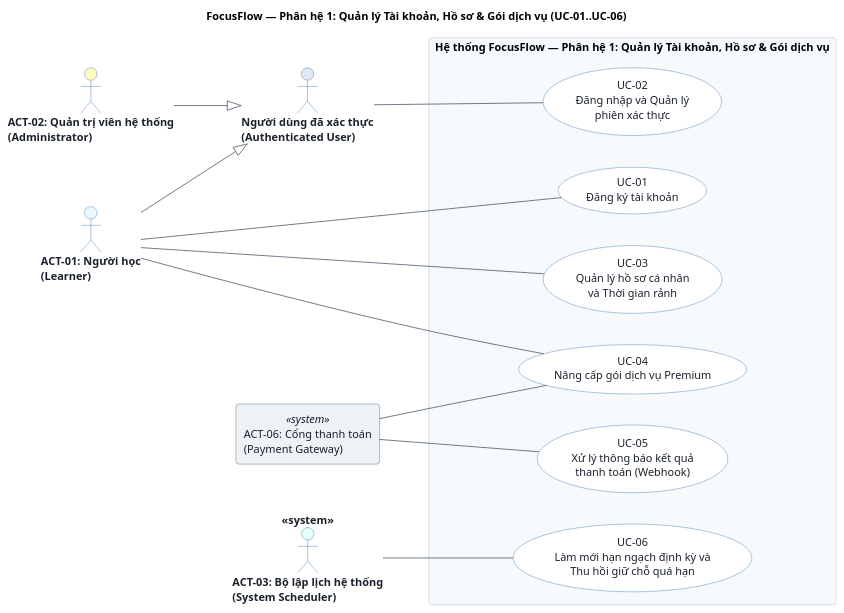
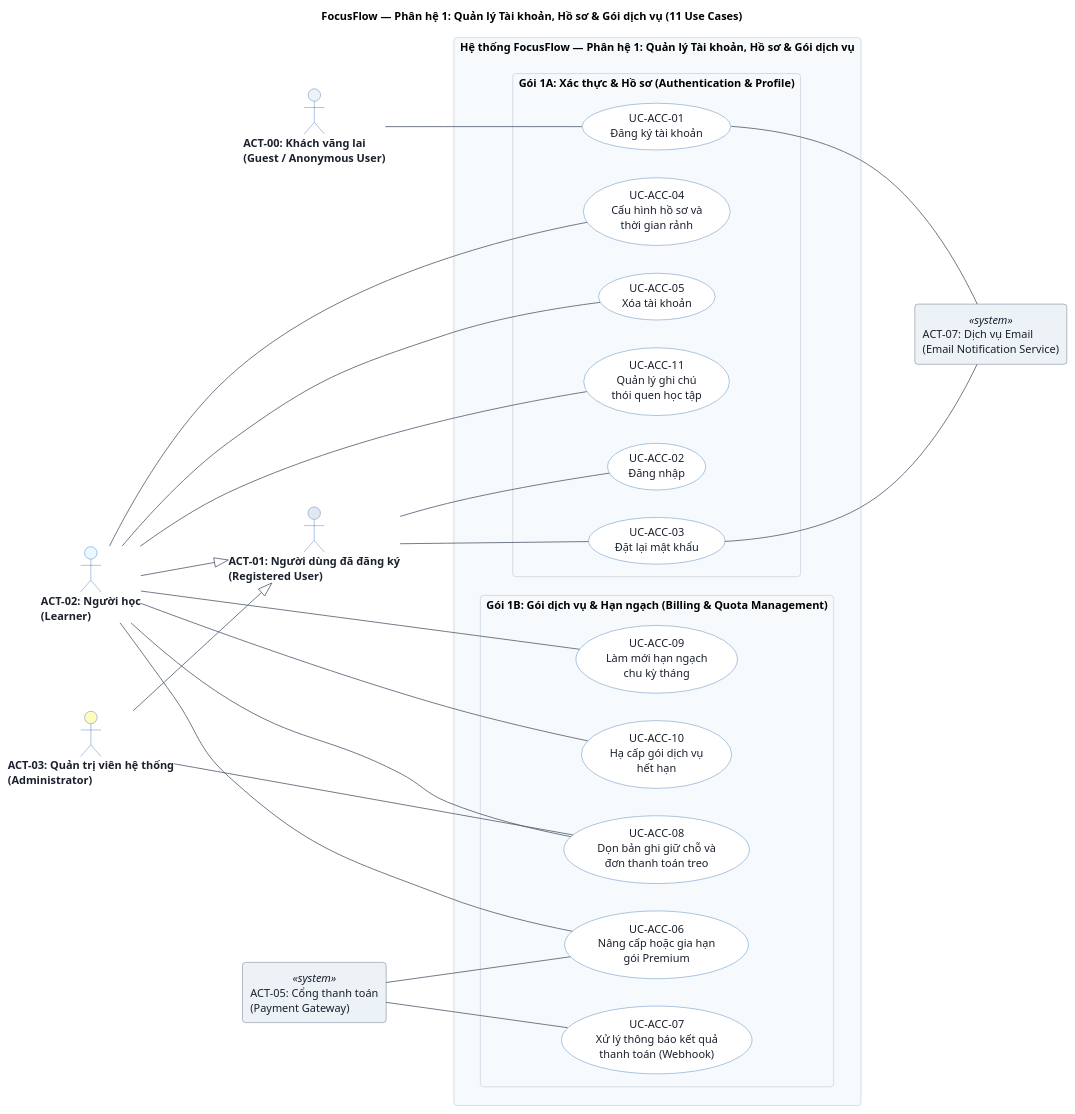
Before and after one commit to Coffat/FocusFlow: the diagram in docs/uml/use-cases/uc-mod-01-account-profile-billing.puml, drawn with PlantUML. The commit also changed 26 other files, not shown here.

Commit message:
docs(uml): update use case specifications, modular diagrams, and PlantUML models

```diff
--- a/docs/uml/use-cases/uc-mod-01-account-profile-billing.puml
+++ b/docs/uml/use-cases/uc-mod-01-account-profile-billing.puml
@@ -1,73 +1,112 @@
 @startuml uc-mod-01-account-profile-billing
-title FocusFlow — Phân hệ 1: Quản lý Tài khoản, Hồ sơ & Gói dịch vụ (UC-01..UC-06)
+' ========================================================
+' Chuẩn hóa 8 Tác nhân (ACT-00..ACT-07): 4 Human/Role Actors + 4 External System Actors
+' Tuân thủ nghiêm ngặt OMG UML 2.5.1 Clause 18: Các thành phần nội bộ (Taskiq, Redis, DB,
+' AI Harness) và bộ định thời nội bộ (internal clock triggers) nằm bên trong Ranh giới Hệ thống.
+' ========================================================
+title FocusFlow — Phân hệ 1: Quản lý Tài khoản, Hồ sơ & Gói dịch vụ (11 Use Cases)
 
 left to right direction
 skinparam packageStyle rectangle
 skinparam roundcorner 8
 skinparam monochrome false
 skinparam shadowing false
 skinparam defaultFontName "Helvetica", "Arial", sans-serif
-skinparam nodesep 40
-skinparam ranksep 75
+skinparam nodesep 35
+skinparam ranksep 70
 
 skinparam actor {
     BackgroundColor #EBF8FF
     BorderColor #2B6CB0
     FontColor #1A202C
     FontStyle bold
 }
 
 skinparam usecase {
     BackgroundColor #FFFFFF
     BorderColor #2B6CB0
     ArrowColor #4A5568
     FontColor #1A202C
 }
 
 skinparam package {
     BackgroundColor #F7FAFC
     BorderColor #CBD5E0
     FontColor #2D3748
     FontStyle bold
 }
 
 skinparam rectangle<<system>> {
     BackgroundColor #EDF2F7
     BorderColor #4A5568
     FontColor #1A202C
 }
 
-' 1. TÁC NHÂN CHÍNH (PRIMARY ACTORS - BÊN TRÁI)
-actor "Người dùng đã xác thực\n(Authenticated User)" as AuthUser #E2E8F0
-actor "ACT-01: Người học\n(Learner)" as Learner #EBF8FF
-actor "ACT-02: Quản trị viên hệ thống\n(Administrator)" as Admin #FEFCBF
-actor "ACT-03: Bộ lập lịch hệ thống\n(System Scheduler)" as Scheduler <<system>> #E6FFFA
+' ========================================================
+' 1. TÁC NHÂN CON NGƯỜI / VAI TRÒ (HUMAN / ROLE ACTORS - BÊN TRÁI)
+' ========================================================
+actor "ACT-00: Khách vãng lai\n(Guest / Anonymous User)" as Guest #EDF2F7
+actor "ACT-01: Người dùng đã đăng ký\n(Registered User)" as RegUser #E2E8F0
+actor "ACT-02: Người học\n(Learner)" as Learner #EBF8FF
+actor "ACT-03: Quản trị viên hệ thống\n(Administrator)" as Admin #FEFCBF
 
-Learner --|> AuthUser
-Admin --|> AuthUser
+' Kế thừa tác nhân
+Learner --|> RegUser
+Admin --|> RegUser
 
+' ========================================================
 ' 2. RANH GIỚI HỆ THỐNG (SYSTEM BOUNDARY)
+' ========================================================
 rectangle "Hệ thống FocusFlow — Phân hệ 1: Quản lý Tài khoản, Hồ sơ & Gói dịch vụ" as Mod1Boundary {
-    usecase "UC-01\nĐăng ký tài khoản" as UC01
-    usecase "UC-02\nĐăng nhập và Quản lý\nphiên xác thực" as UC02
-    usecase "UC-03\nQuản lý hồ sơ cá nhân\nvà Thời gian rảnh" as UC03
-    usecase "UC-04\nNâng cấp gói dịch vụ Premium" as UC04
-    usecase "UC-05\nXử lý thông báo kết quả\nthanh toán (Webhook)" as UC05
-    usecase "UC-06\nLàm mới hạn ngạch định kỳ và\nThu hồi giữ chỗ quá hạn" as UC06
+
+    ' GÓI 1A: XÁC THỰC & HỒ SƠ
+    package "Gói 1A: Xác thực & Hồ sơ (Authentication & Profile)" as Pkg1A {
+        usecase "UC-ACC-01\nĐăng ký tài khoản" as UC_ACC_01
+        usecase "UC-ACC-02\nĐăng nhập" as UC_ACC_02
+        usecase "UC-ACC-03\nĐặt lại mật khẩu" as UC_ACC_03
+        usecase "UC-ACC-04\nCấu hình hồ sơ và\nthời gian rảnh" as UC_ACC_04
+        usecase "UC-ACC-05\nXóa tài khoản" as UC_ACC_05
+        usecase "UC-ACC-11\nQuản lý ghi chú\nthói quen học tập" as UC_ACC_11
+    }
+
+    ' GÓI 1B: GÓI DỊCH VỤ & HẠN NGẠCH
+    package "Gói 1B: Gói dịch vụ & Hạn ngạch (Billing & Quota Management)" as Pkg1B {
+        usecase "UC-ACC-06\nNâng cấp hoặc gia hạn\ngói Premium" as UC_ACC_06
+        usecase "UC-ACC-07\nXử lý thông báo kết quả\nthanh toán (Webhook)" as UC_ACC_07
+        usecase "UC-ACC-08\nDọn bản ghi giữ chỗ và\nđơn thanh toán treo" as UC_ACC_08
+        usecase "UC-ACC-09\nLàm mới hạn ngạch\nchu kỳ tháng" as UC_ACC_09
+        usecase "UC-ACC-10\nHạ cấp gói dịch vụ\nhết hạn" as UC_ACC_10
+    }
 }
 
+' ========================================================
 ' 3. TÁC NHÂN HỆ THỐNG NGOẠI VI (EXTERNAL SYSTEM ACTORS - BÊN PHẢI)
-rectangle "ACT-06: Cổng thanh toán\n(Payment Gateway)" as PayGateway <<system>>
+' ========================================================
+rectangle "ACT-05: Cổng thanh toán\n(Payment Gateway)" as PayGateway <<system>>
+rectangle "ACT-07: Dịch vụ Email\n(Email Notification Service)" as EmailSvc <<system>>
 
+' ========================================================
 ' 4. QUAN HỆ GIAO TIẾP (ASSOCIATIONS)
-Learner -- UC01
-AuthUser -- UC02
-Learner -- UC03
-Learner -- UC04
+' ========================================================
+' Gói 1A
+Guest -- UC_ACC_01
+RegUser -- UC_ACC_02
+RegUser -- UC_ACC_03
+Learner -- UC_ACC_04
+Learner -- UC_ACC_05
+Learner -- UC_ACC_11
 
-UC04 -- PayGateway
-PayGateway -- UC05
+UC_ACC_01 -- EmailSvc
+UC_ACC_03 -- EmailSvc
 
-Scheduler -- UC06
+' Gói 1B
+Learner -- UC_ACC_06
+UC_ACC_06 -- PayGateway
+PayGateway -- UC_ACC_07
+
+Learner -- UC_ACC_08
+Admin -- UC_ACC_08
+Learner -- UC_ACC_09
+Learner -- UC_ACC_10
 
 @enduml
```
